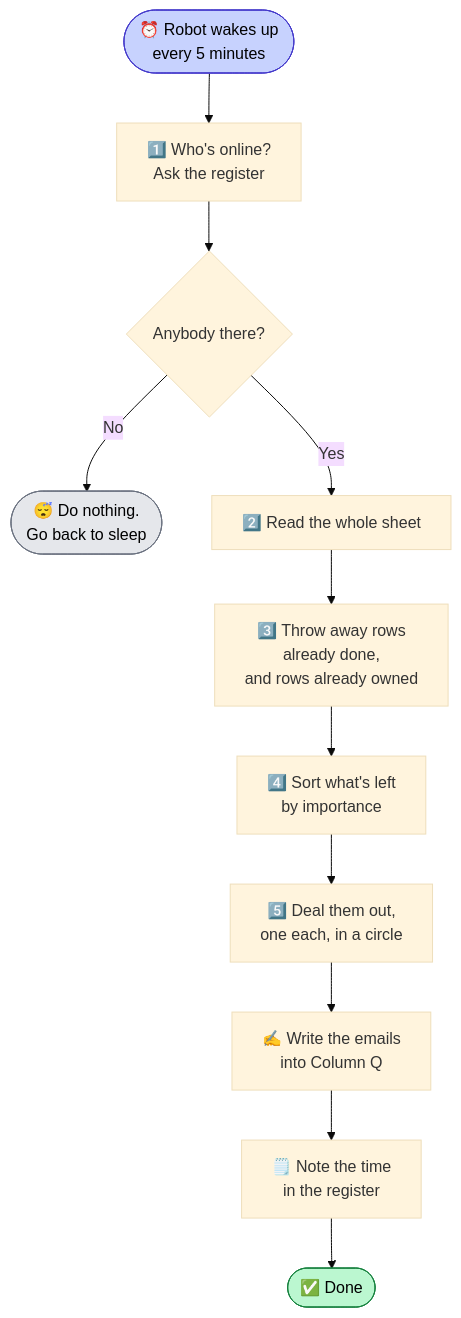
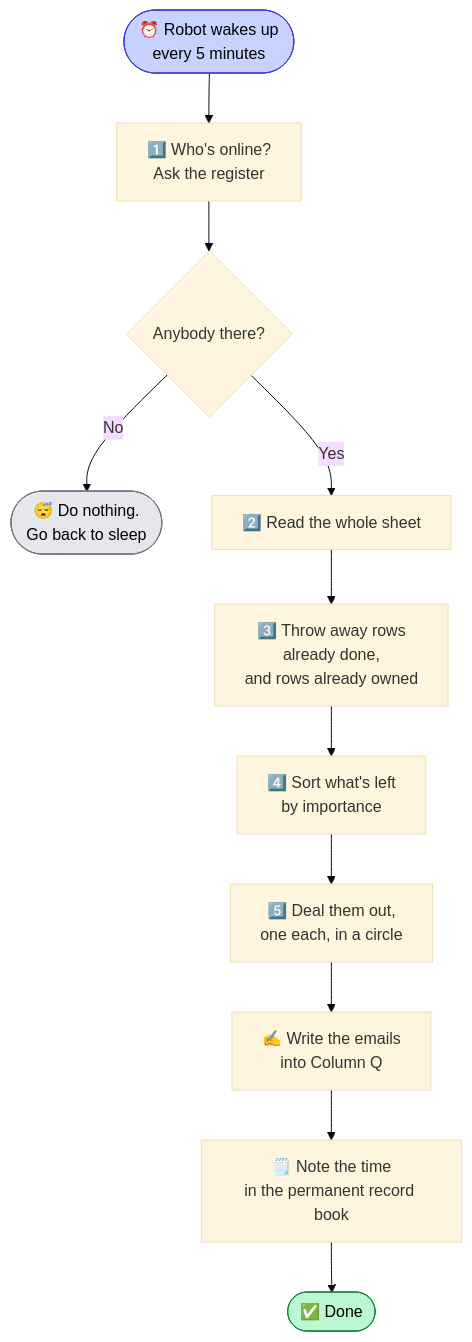
Before and after one commit to mcaff-dj/mcaff-CLS: the second of 15 diagrams in docs/CALLING_CRM_EXPLAINED.md, drawn with Mermaid (base theme). The commit also changed other lines of this file and 14 other files, not shown here.

````diff
--- a/docs/CALLING_CRM_EXPLAINED.md
+++ b/docs/CALLING_CRM_EXPLAINED.md
@@ -141,17 +141,17 @@
 ```mermaid
 flowchart TD
     S(["⏰ Robot wakes up<br/>every 5 minutes"]) --> A["1️⃣ Who's online?<br/>Ask the register"]
     A --> B{"Anybody there?"}
     B -->|"No"| Z(["😴 Do nothing.<br/>Go back to sleep"])
     B -->|"Yes"| C["2️⃣ Read the whole sheet"]
     C --> D["3️⃣ Throw away rows<br/>already done,<br/>and rows already owned"]
     D --> E["4️⃣ Sort what's left<br/>by importance"]
     E --> F["5️⃣ Deal them out,<br/>one each, in a circle"]
     F --> G["✍️ Write the emails<br/>into Column Q"]
-    G --> H["🗒️ Note the time<br/>in the register"]
+    G --> H["🗒️ Note the time<br/>in the permanent record book"]
     H --> Z2(["✅ Done"])
 
     style S fill:#c7d2fe,stroke:#4338ca,color:#000
     style Z fill:#e5e7eb,stroke:#6b7280,color:#000
     style Z2 fill:#bbf7d0,stroke:#15803d,color:#000
 ```
````
